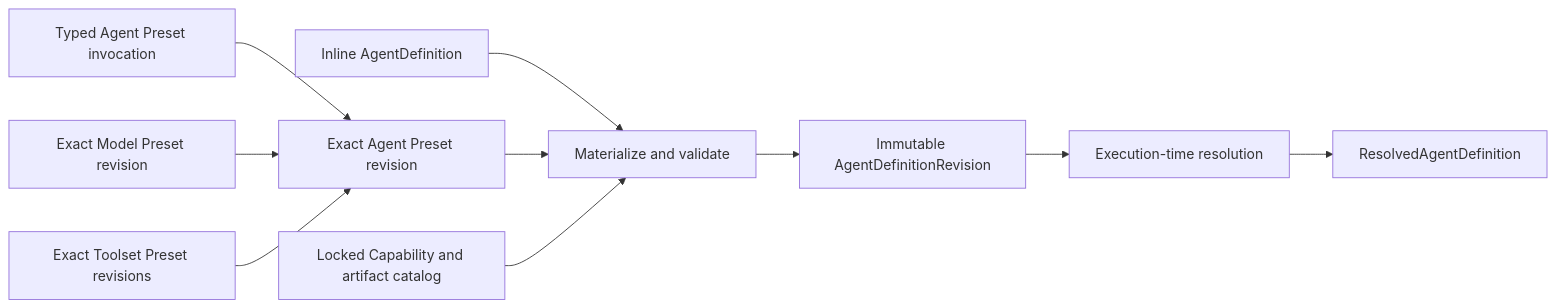
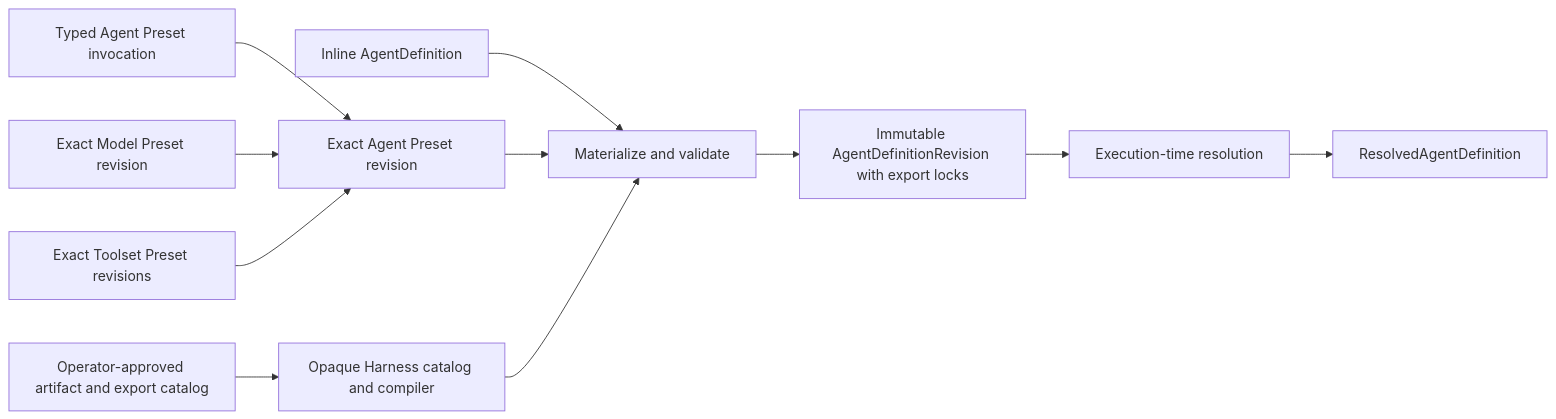
Before and after one commit to LTThreeComma/agent-foundation: the first of 3 diagrams in spec/foundation-service/01-agent-definitions-and-presets.md, drawn with Mermaid. The commit also changed other lines of this file and 19 other files, not shown here.

````diff
--- a/spec/foundation-service/01-agent-definitions-and-presets.md
+++ b/spec/foundation-service/01-agent-definitions-and-presets.md
@@ -9,12 +9,13 @@
 ```mermaid
 flowchart LR
     Inline[Inline AgentDefinition] --> Validate[Materialize and validate]
     Invocation[Typed Agent Preset invocation] --> AgentPreset[Exact Agent Preset revision]
     ModelPreset[Exact Model Preset revision] --> AgentPreset
     ToolsetPreset[Exact Toolset Preset revisions] --> AgentPreset
     AgentPreset --> Validate
-    Catalog[Locked Capability and artifact catalog] --> Validate
-    Validate --> Revision[Immutable AgentDefinitionRevision]
+    Catalog[Operator-approved artifact and export catalog] --> Harness[Opaque Harness catalog and compiler]
+    Harness --> Validate
+    Validate --> Revision[Immutable AgentDefinitionRevision with export locks]
     Revision --> Resolve[Execution-time resolution]
     Resolve --> Build[ResolvedAgentDefinition]
 ```
````
